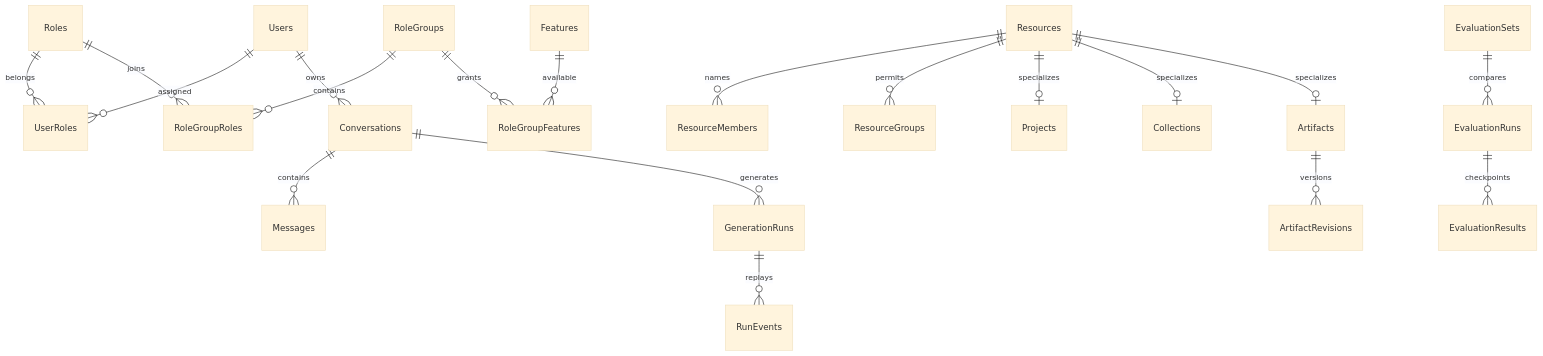
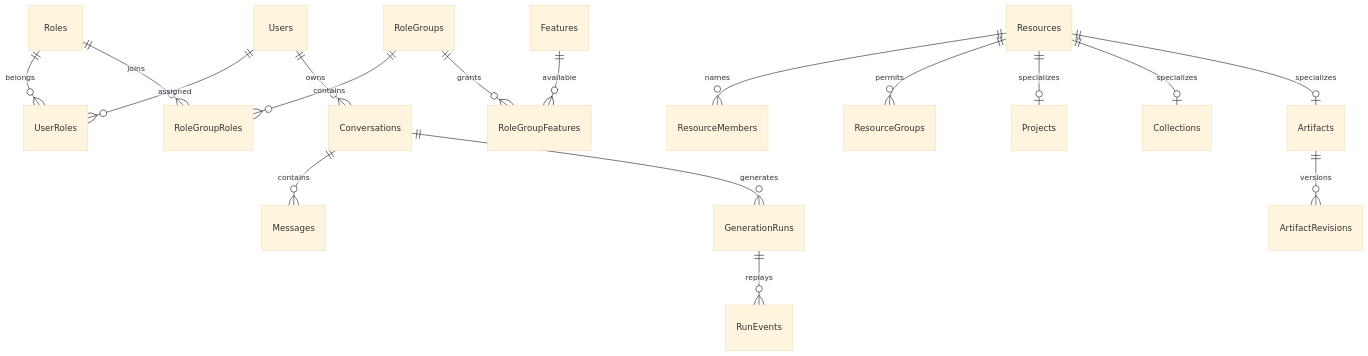
Before and after one commit to a73013110/ai-nexus: the diagram in docs/DATABASE.md, drawn with Mermaid (base theme). The commit also changed other lines of this file and 115 other files, not shown here.

First line of the commit message:
refactor(persistence): schema 對齊模組、說明移到實體並重建 InitialCreate

````diff
--- a/docs/DATABASE.md
+++ b/docs/DATABASE.md
@@ -49,21 +35,19 @@
 ```mermaid
 erDiagram
     Users ||--o{ UserRoles : assigned
     Roles ||--o{ UserRoles : belongs
     Roles ||--o{ RoleGroupRoles : joins
     RoleGroups ||--o{ RoleGroupRoles : contains
     RoleGroups ||--o{ RoleGroupFeatures : grants
     Features ||--o{ RoleGroupFeatures : available
     Users ||--o{ Conversations : owns
     Conversations ||--o{ Messages : contains
     Conversations ||--o{ GenerationRuns : generates
     GenerationRuns ||--o{ RunEvents : replays
     Resources ||--o{ ResourceMembers : names
     Resources ||--o{ ResourceGroups : permits
     Resources ||--o| Projects : specializes
     Resources ||--o| Collections : specializes
     Resources ||--o| Artifacts : specializes
     Artifacts ||--o{ ArtifactRevisions : versions
-    EvaluationSets ||--o{ EvaluationRuns : compares
-    EvaluationRuns ||--o{ EvaluationResults : checkpoints
 ```
````
